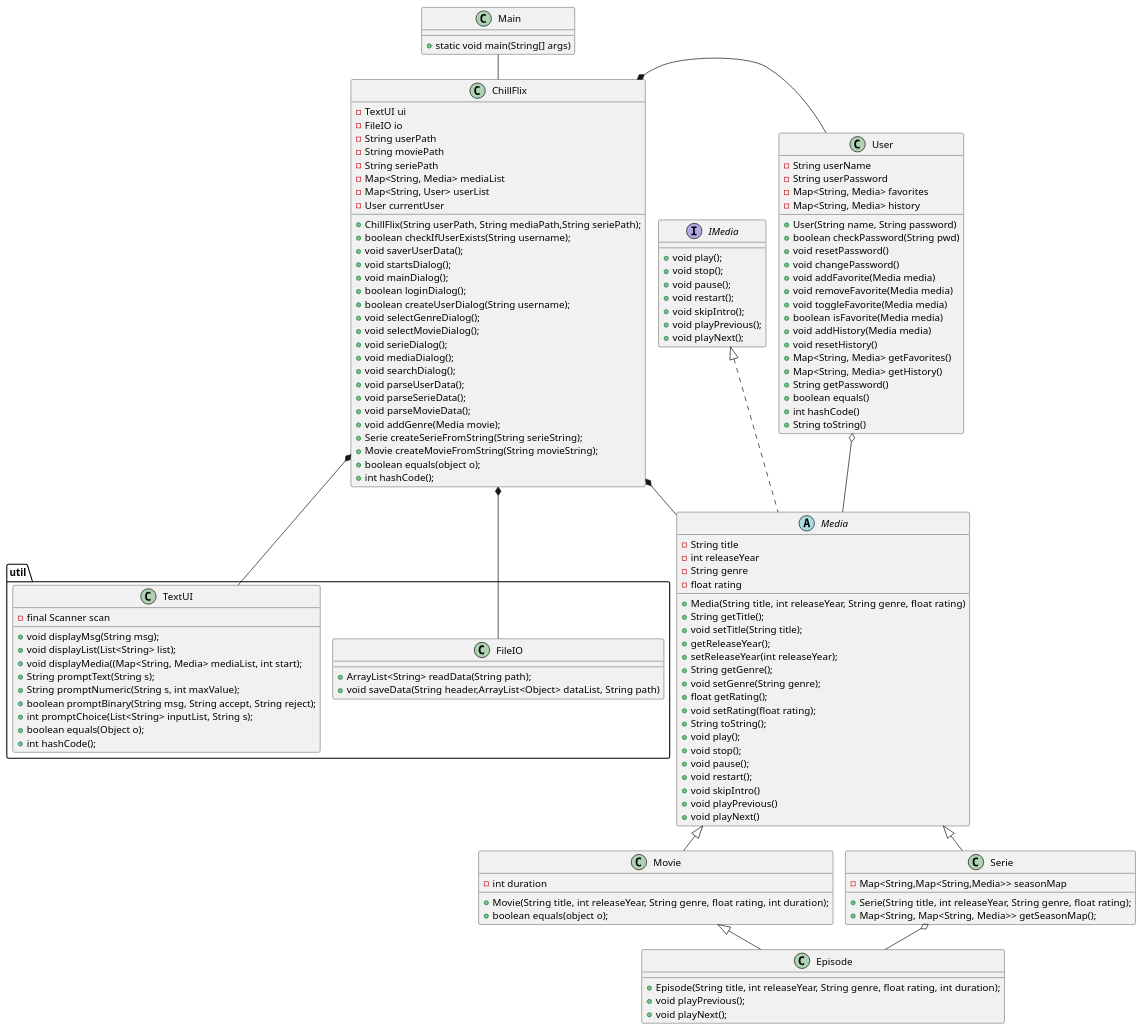
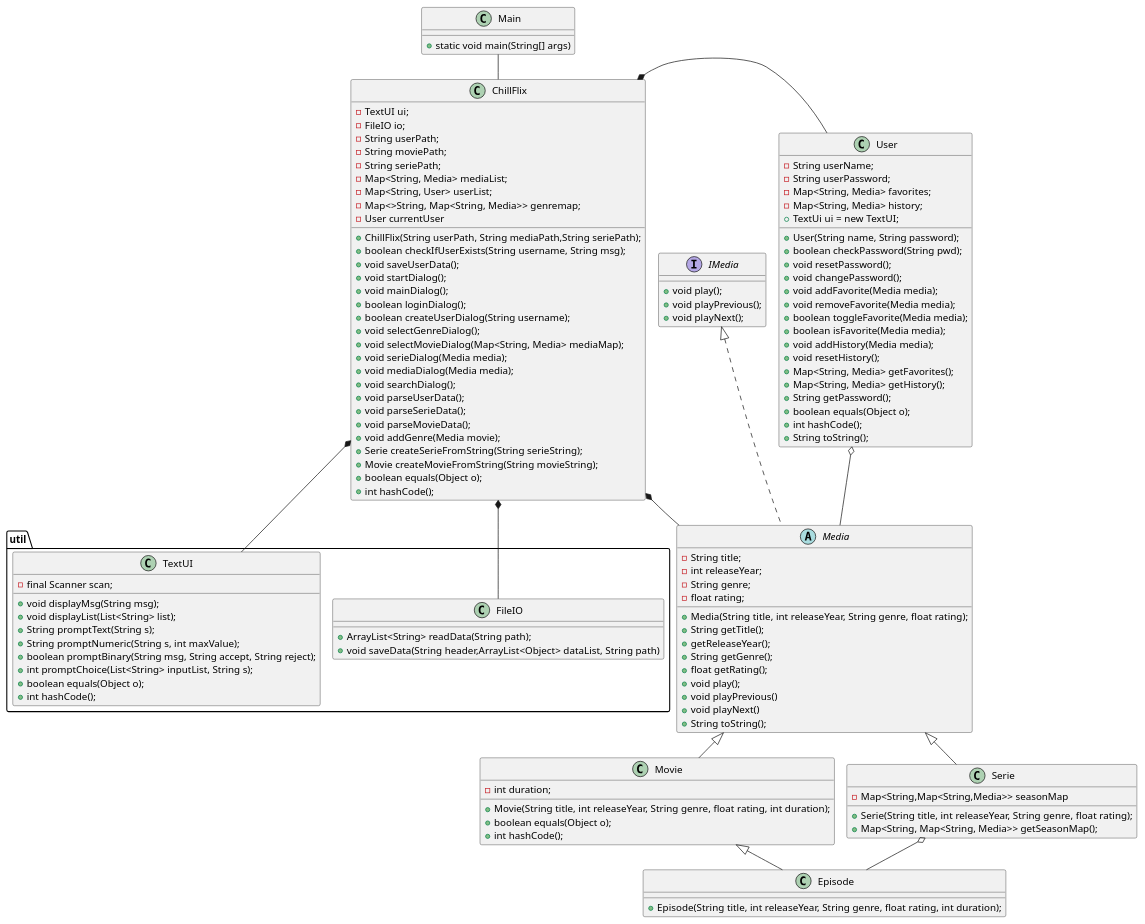
One commit to Falcho/SP3 changed the diagram in docs/classDiagram.puml. Above: the diagram before and after it, drawn with PlantUML.

Commit message:
Kiggede på klasseDiagrammet og blev usikker på om den var up to date efter Mhaa's rettelser. Hvis opdateret, her ny rettelse - hvis ikke, ignore

```diff
--- a/docs/classDiagram.puml
+++ b/docs/classDiagram.puml
@@ -1,150 +1,138 @@
 @startuml
 'https://plantuml.com/class-diagram
 !pragma layout smetana
 
 Class Main{
 +static void main(String[] args)
 }
 
 Class ChillFlix{
--TextUI ui
--FileIO io
--String userPath
--String moviePath
--String seriePath
--Map<String, Media> mediaList
--Map<String, User> userList
+-TextUI ui;
+-FileIO io;
+-String userPath;
+-String moviePath;
+-String seriePath;
+-Map<String, Media> mediaList;
+-Map<String, User> userList;
+-Map<>String, Map<String, Media>> genremap;
 -User currentUser
 +ChillFlix(String userPath, String mediaPath,String seriePath);
-+boolean checkIfUserExists(String username);
-+void saverUserData();
-+void startsDialog();
++boolean checkIfUserExists(String username, String msg);
++void saveUserData();
++void startDialog();
 +void mainDialog();
 +boolean loginDialog();
 +boolean createUserDialog(String username);
 +void selectGenreDialog();
-+void selectMovieDialog();
-+void serieDialog();
-+void mediaDialog();
++void selectMovieDialog(Map<String, Media> mediaMap);
++void serieDialog(Media media);
++void mediaDialog(Media media);
 +void searchDialog();
 +void parseUserData();
 +void parseSerieData();
 +void parseMovieData();
 +void addGenre(Media movie);
 +Serie createSerieFromString(String serieString);
 +Movie createMovieFromString(String movieString);
-+boolean equals(object o);
++boolean equals(Object o);
 +int hashCode();
 }
 
 
 Class User{
--String userName
--String userPassword
--Map<String, Media> favorites
--Map<String, Media> history
-+User(String name, String password)
-+boolean checkPassword(String pwd)
-+void resetPassword()
-+void changePassword()
-+void addFavorite(Media media)
-+void removeFavorite(Media media)
-+void toggleFavorite(Media media)
-+boolean isFavorite(Media media)
-+void addHistory(Media media)
-+void resetHistory()
-+Map<String, Media> getFavorites()
-+Map<String, Media> getHistory()
-+String getPassword()
-+boolean equals()
-+int hashCode()
-+String toString()
+-String userName;
+-String userPassword;
+-Map<String, Media> favorites;
+-Map<String, Media> history;
++TextUi ui = new TextUI;
++User(String name, String password);
++boolean checkPassword(String pwd);
++void resetPassword();
++void changePassword();
++void addFavorite(Media media);
++void removeFavorite(Media media);
++boolean toggleFavorite(Media media);
++boolean isFavorite(Media media);
++void addHistory(Media media);
++void resetHistory();
++Map<String, Media> getFavorites();
++Map<String, Media> getHistory();
++String getPassword();
++boolean equals(Object o);
++int hashCode();
++String toString();
 }
 
 Interface IMedia{
 +void play();
-+void stop();
-+void pause();
-+void restart();
-+void skipIntro();
 +void playPrevious();
 +void playNext();
 }
 abstract Class Media{
--String title
--int releaseYear
--String genre
--float rating
-+Media(String title, int releaseYear, String genre, float rating)
+-String title;
+-int releaseYear;
+-String genre;
+-float rating;
++Media(String title, int releaseYear, String genre, float rating);
 +String getTitle();
-+void setTitle(String title);
 +getReleaseYear();
-+setReleaseYear(int releaseYear);
 +String getGenre();
-+void setGenre(String genre);
 +float getRating();
-+void setRating(float rating);
-+String toString();
 +void play();
-+void stop();
-+void pause();
-+void restart();
-+void skipIntro()
 +void playPrevious()
 +void playNext()
++String toString();
 }
 
 Class Movie {
--int duration
+-int duration;
 +Movie(String title, int releaseYear, String genre, float rating, int duration);
-+boolean equals(object o);
++boolean equals(Object o);
++int hashCode();
 }
 
 Class Serie{
 -Map<String,Map<String,Media>> seasonMap
 +Serie(String title, int releaseYear, String genre, float rating);
 +Map<String, Map<String, Media>> getSeasonMap();
 
 }
 
 
 Class Episode{
 +Episode(String title, int releaseYear, String genre, float rating, int duration);
-+void playPrevious();
-+void playNext();
 }
 package util {
     Class FileIO{
     +ArrayList<String> readData(String path);
     +void saveData(String header,ArrayList<Object> dataList, String path)
     }
 
 
     Class TextUI{
-    - final Scanner scan
+    - final Scanner scan;
     +void displayMsg(String msg);
     +void displayList(List<String> list);
-    +void displayMedia((Map<String, Media> mediaList, int start);
     +String promptText(String s);
     +String promptNumeric(String s, int maxValue);
     +boolean promptBinary(String msg, String accept, String reject);
     +int promptChoice(List<String> inputList, String s);
     +boolean equals(Object o);
     +int hashCode();
     }
 }
 
 
 Movie <|-- Episode
 Media <|-- Movie
 Media <|-- Serie
 Serie o-- Episode
 IMedia <|.. Media
 ChillFlix *- User
 ChillFlix *-- Media
 ChillFlix *-- FileIO
 ChillFlix *-- TextUI
 Main -- ChillFlix
 User o- Media
 
 @enduml
```
